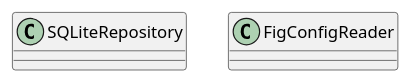
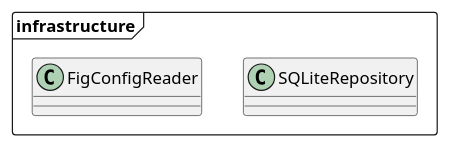
The diagram in docs/uml/classes/infrastructure.puml (azhizhkin/InformerTelegramBot), drawn with PlantUML before and after one commit. The commit also changed 17 other files, not shown here.

```diff
--- a/docs/uml/classes/infrastructure.puml
+++ b/docs/uml/classes/infrastructure.puml
@@ -1,4 +1,6 @@
 @startuml infrastructure
+package infrastructure <<Frame>>{
 class SQLiteRepository
 class FigConfigReader
+}
 @enduml
```
